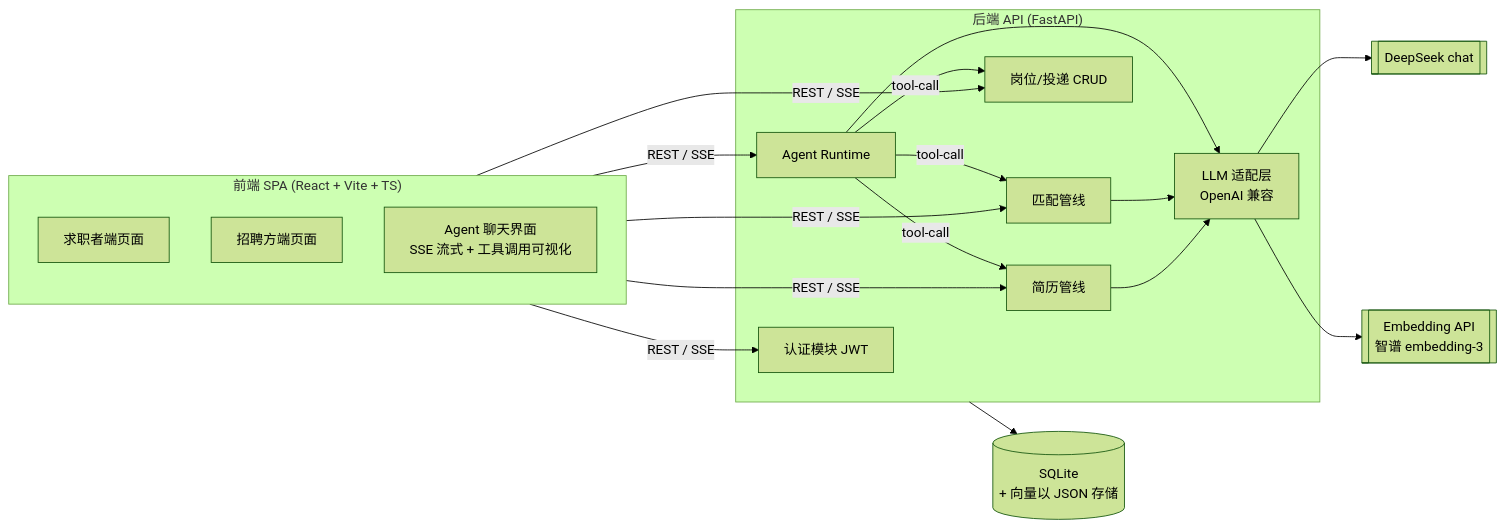
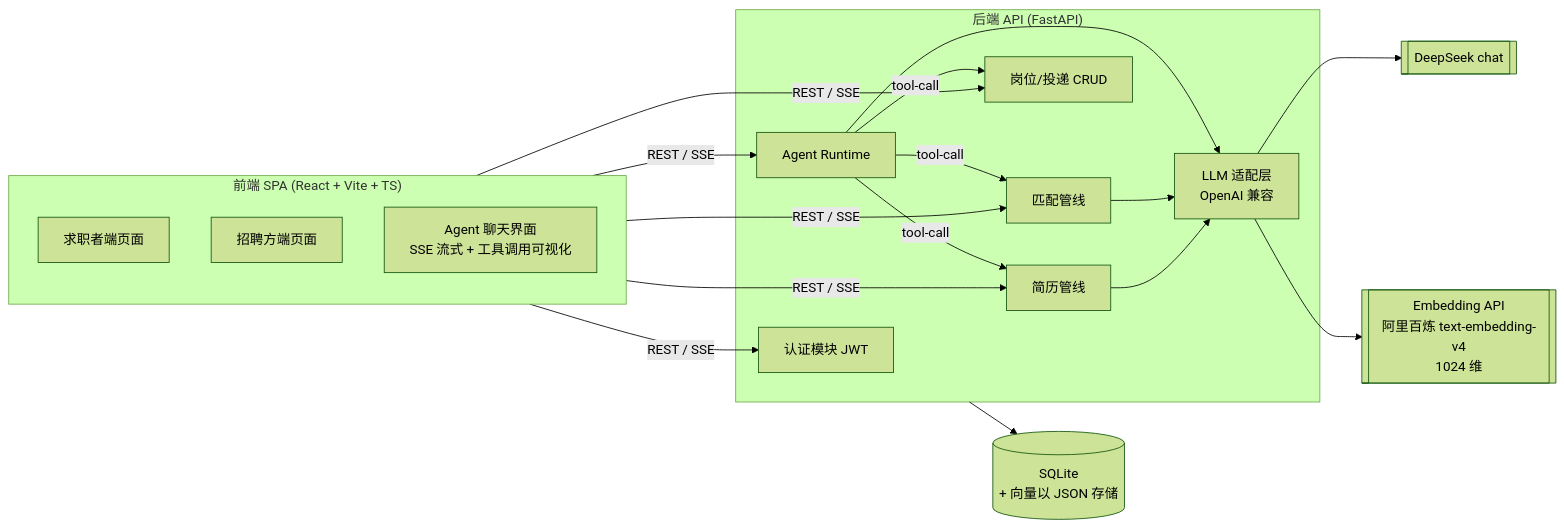
The first of 4 diagrams in docs/开发文档.md (Akikakoi/JobCopilot), drawn with Mermaid (forest theme) before and after one commit. The commit also changed other lines of this file and 26 other files, not shown here.

````diff
--- a/docs/开发文档.md
+++ b/docs/开发文档.md
@@ -46,30 +46,30 @@
 ```mermaid
 flowchart LR
     subgraph Frontend["前端 SPA (React + Vite + TS)"]
         UI1[求职者端页面]
         UI2[招聘方端页面]
         UI3[Agent 聊天界面<br/>SSE 流式 + 工具调用可视化]
     end
 
     subgraph Backend["后端 API (FastAPI)"]
         AUTH[认证模块 JWT]
         RESUME[简历管线]
         JOB[岗位/投递 CRUD]
         MATCH[匹配管线]
         AGENT[Agent Runtime]
         LLMADP[LLM 适配层<br/>OpenAI 兼容]
     end
 
     DB[(SQLite<br/>+ 向量以 JSON 存储)]
     LLM[[DeepSeek chat]]
-    EMB[[Embedding API<br/>智谱 embedding-3]]
+    EMB[[Embedding API<br/>阿里百炼 text-embedding-v4<br/>1024 维]]
 
     Frontend -->|REST / SSE| AUTH & RESUME & JOB & MATCH & AGENT
     AGENT -->|tool-call| RESUME & JOB & MATCH
     AGENT --> LLMADP
     MATCH --> LLMADP
     RESUME --> LLMADP
     LLMADP --> LLM
     LLMADP --> EMB
     Backend --> DB
 ```
````
